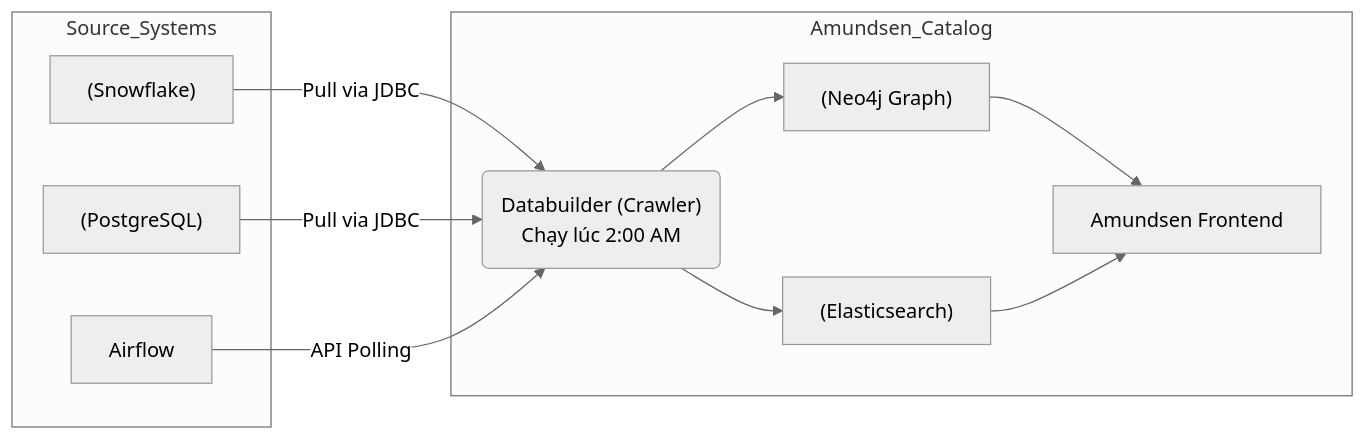
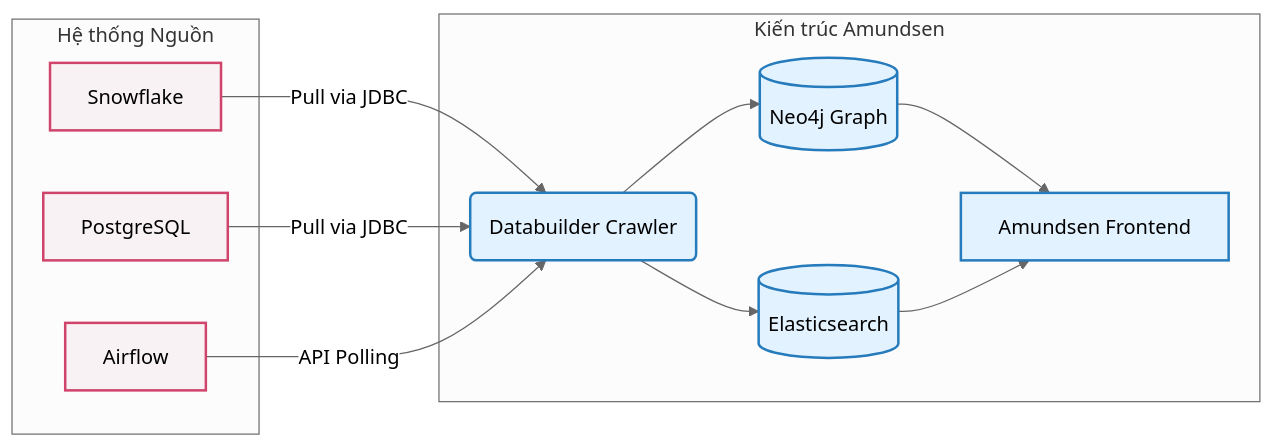
Before and after one commit to kythuatdulieu/kythuatdulieu.github.io: the first of 2 diagrams in src/content/docs/concepts/8-security-governance-finops/data-catalog.md, drawn with Mermaid (neutral theme). The commit also changed other lines of this file and 1 other file, not shown here.

Commit message:
rewrite(8-security-governance-finops): data-catalog

````diff
--- a/src/content/docs/concepts/8-security-governance-finops/data-catalog.md
+++ b/src/content/docs/concepts/8-security-governance-finops/data-catalog.md
@@ -34,24 +47,27 @@
 ```mermaid
 graph LR
-    subgraph Source_Systems
-        A["(Snowflake)"]
-        B["(PostgreSQL)"]
-        C["Airflow"]
+    classDef source fill:#f9f2f4,stroke:#d0446b,stroke-width:2px;
+    classDef catalog fill:#e2f2ff,stroke:#267bbc,stroke-width:2px;
+
+    subgraph Source_Systems ["Hệ thống Nguồn"]
+        A["Snowflake"]:::source
+        B["PostgreSQL"]:::source
+        C["Airflow"]:::source
     end
     
-    subgraph Amundsen_Catalog
-        D("Databuilder (Crawler)\nChạy lúc 2:00 AM")
-        E["(Neo4j Graph)"]
-        F["(Elasticsearch)"]
-        G["Amundsen Frontend"]
+    subgraph Amundsen_Catalog ["Kiến trúc Amundsen"]
+        D("Databuilder Crawler"):::catalog
+        E[("Neo4j Graph")]:::catalog
+        F[("Elasticsearch")]:::catalog
+        G["Amundsen Frontend"]:::catalog
     end
     
     A -->|Pull via JDBC| D
     B -->|Pull via JDBC| D
     C -->|API Polling| D
     
     D --> E
     D --> F
     E --> G
     F --> G
 ```
````
